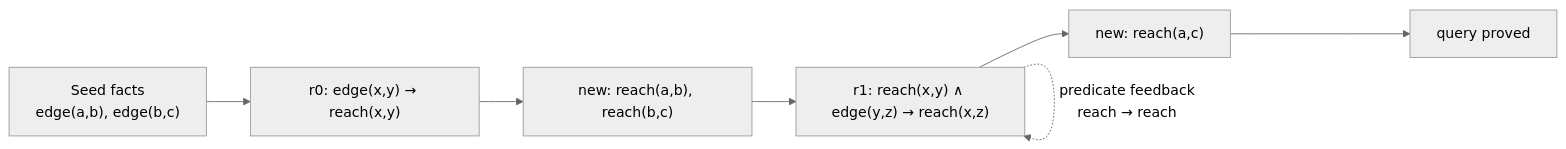
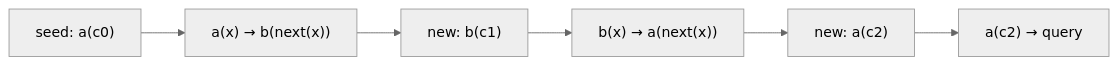
One commit to chenqianwan/SA-MCGS changed the second of 5 diagrams in 2026NAACL/LFP_MCGS_LITERATURE_REVIEW.md. Above: the diagram before and after it, drawn with Mermaid (neutral theme). The commit also changed other lines of this file, not shown here.

````diff
--- a/2026NAACL/LFP_MCGS_LITERATURE_REVIEW.md
+++ b/2026NAACL/LFP_MCGS_LITERATURE_REVIEW.md
@@ -170,9 +62,8 @@
-~~~mermaid
+```mermaid
 flowchart LR
-  F["Seed facts<br/>edge(a,b), edge(b,c)"] --> R0["r0: edge(x,y) → reach(x,y)"]
-  R0 --> K1["new: reach(a,b), reach(b,c)"]
-  K1 --> R1["r1: reach(x,y) ∧ edge(y,z) → reach(x,z)"]
-  R1 --> K2["new: reach(a,c)"]
-  K2 --> Q["query proved"]
-  R1 -. "predicate feedback<br/>reach → reach" .-> R1
-~~~
+  F["seed: a(c0)"] --> R1["a(x) → b(next(x))"]
+  R1 --> B["new: b(c1)"]
+  B --> R2["b(x) → a(next(x))"]
+  R2 --> A2["new: a(c2)"]
+  A2 --> Q["a(c2) → query"]
+```
````
